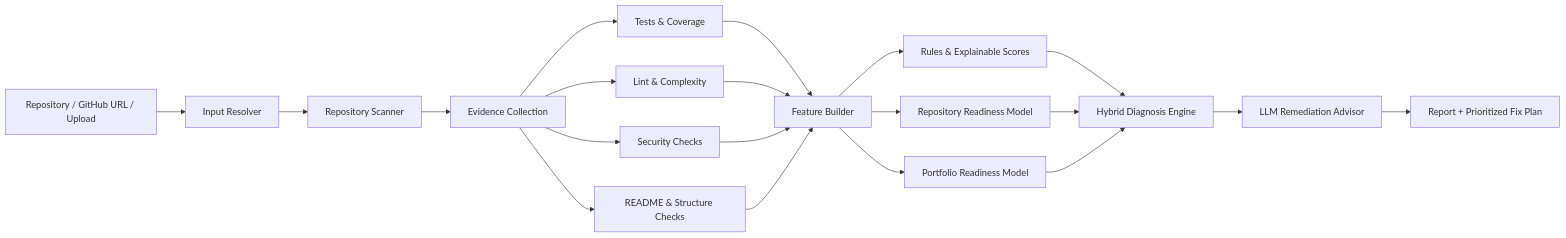
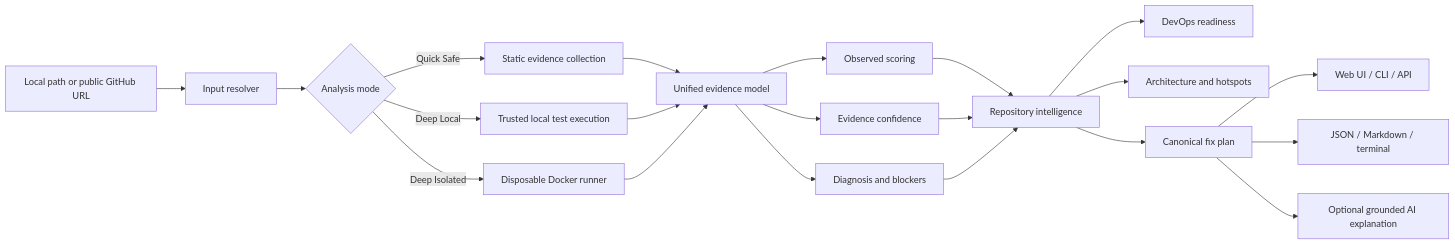
The diagram in README.md (karimsamer100/DrRepo), drawn with Mermaid before and after one commit. The commit also changed other lines of this file, not shown here.

````diff
--- a/README.md
+++ b/README.md
@@ -80,27 +177,29 @@
 ```mermaid
 flowchart LR
-    A[Repository / GitHub URL / Upload] --> B[Input Resolver]
-    B --> C[Repository Scanner]
-    C --> D[Evidence Collection]
+    A[Local path or public GitHub URL] --> B[Input resolver]
+    B --> C{Analysis mode}
 
-    D --> D1[Tests & Coverage]
-    D --> D2[Lint & Complexity]
-    D --> D3[Security Checks]
-    D --> D4[README & Structure Checks]
+    C -->|Quick Safe| D[Static evidence collection]
+    C -->|Deep Local| E[Trusted local test execution]
+    C -->|Deep Isolated| F[Disposable Docker runner]
 
-    D1 --> E[Feature Builder]
-    D2 --> E
-    D3 --> E
-    D4 --> E
+    D --> G[Unified evidence model]
+    E --> G
+    F --> G
 
-    E --> F[Rules & Explainable Scores]
-    E --> G[Repository Readiness Model]
-    E --> H[Portfolio Readiness Model]
+    G --> H[Observed scoring]
+    G --> I[Evidence confidence]
+    G --> J[Diagnosis and blockers]
 
-    F --> I[Hybrid Diagnosis Engine]
-    G --> I
-    H --> I
+    H --> K[Repository intelligence]
+    I --> K
+    J --> K
 
-    I --> J[LLM Remediation Advisor]
-    J --> K[Report + Prioritized Fix Plan]
+    K --> L[DevOps readiness]
+    K --> M[Architecture and hotspots]
+    K --> N[Canonical fix plan]
+
+    N --> O[Web UI / CLI / API]
+    N --> P[JSON / Markdown / terminal]
+    N --> Q[Optional grounded AI explanation]
 ```
````
